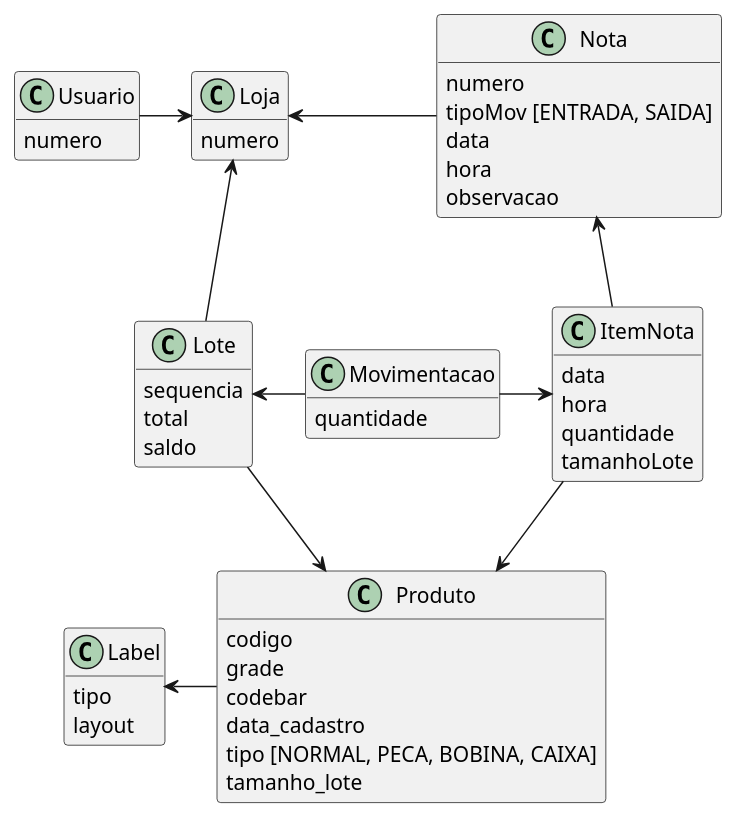
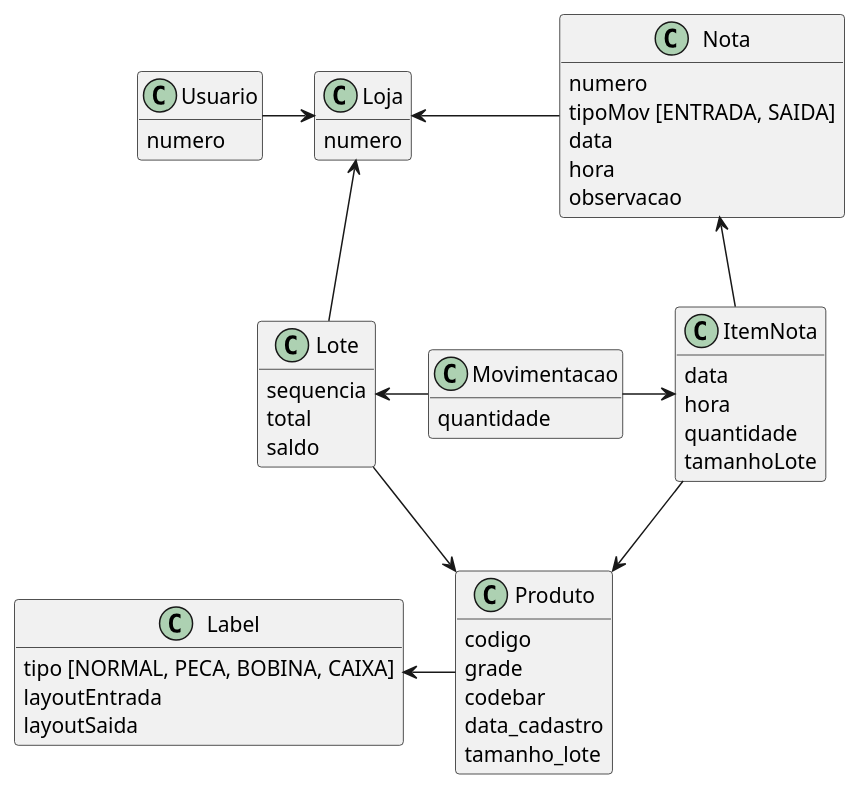
One commit to ivaneyvieira/engEstoque-Archive changed the diagram in diagramas/modelo2.puml. Above: the diagram before and after it, drawn with PlantUML. The commit also changed 1 other file, not shown here.

```diff
--- a/diagramas/modelo2.puml
+++ b/diagramas/modelo2.puml
@@ -1,61 +1,61 @@
 @startuml modelo
 hide methods
 
 class Produto{
 	codigo
 	grade
 	codebar
 	data_cadastro
-	tipo [NORMAL, PECA, BOBINA, CAIXA]
 	tamanho_lote
 }
 
 class ItemNota{
 	data
 	hora
 	quantidade
 	tamanhoLote
 }
 
 class Nota {
 	numero
 	tipoMov [ENTRADA, SAIDA]
 	data
 	hora
 	observacao
 }
 
 class Lote {
 	sequencia
 	total
 	saldo
 }
 
 class Movimentacao {
 	quantidade
 }
 
 class Loja {
 	numero
 }
 
 class Usuario {
 	numero
 }
 
 class Label {
-	tipo
-	layout
+	tipo [NORMAL, PECA, BOBINA, CAIXA]
+	layoutEntrada
+	layoutSaida
 }
 
 
 ItemNota	-u->	Nota
 ItemNota	-->	Produto
 Lote		-->	Produto
 Lote		-u->	Loja
 Movimentacao	-l->	Lote
 Movimentacao	-r->	ItemNota
 Nota		-l->	Loja
 Usuario		-r->	Loja
 Produto		-l->	Label
 @enduml
```
